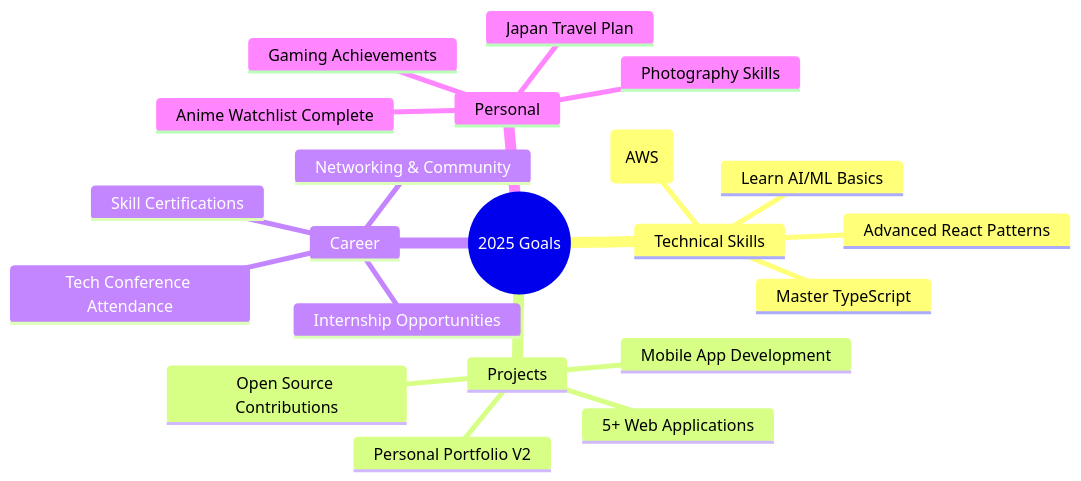
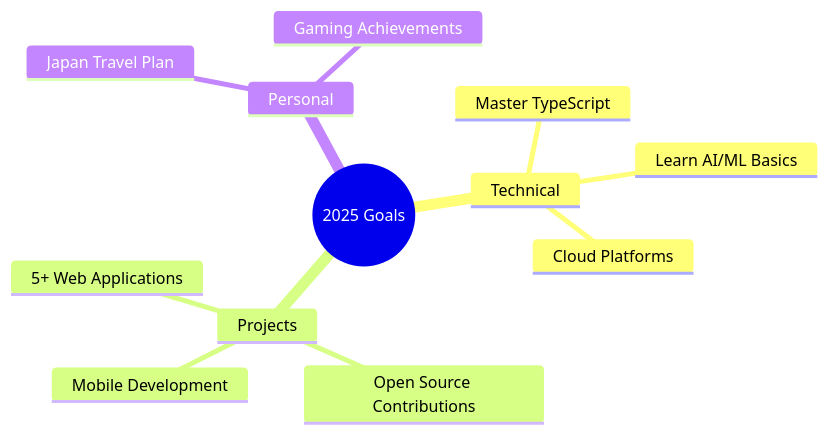
One commit to joynalbokhsho/joynalbokhsho changed the diagram in README.md. Above: the diagram before and after it, drawn with Mermaid. The commit also changed other lines of this file, not shown here.

Commit message:
Revise README.md to enhance personal branding, update tech stack, and streamline content. Added project details for DIU Result Lookup and refined goals for 2025.

````diff
--- a/README.md
+++ b/README.md
@@ -228,24 +76,15 @@
 ```mermaid
 mindmap
   root((2025 Goals))
-    Technical Skills
+    Technical
       Master TypeScript
       Learn AI/ML Basics
-      Cloud Platforms (AWS)
-      Advanced React Patterns
+      Cloud Platforms
     Projects
       5+ Web Applications
       Open Source Contributions
-      Personal Portfolio V2
-      Mobile App Development
-    Career
-      Internship Opportunities
-      Networking & Community
-      Tech Conference Attendance
-      Skill Certifications
+      Mobile Development
     Personal
       Japan Travel Plan
       Gaming Achievements
-      Anime Watchlist Complete
-      Photography Skills
 ```
````
